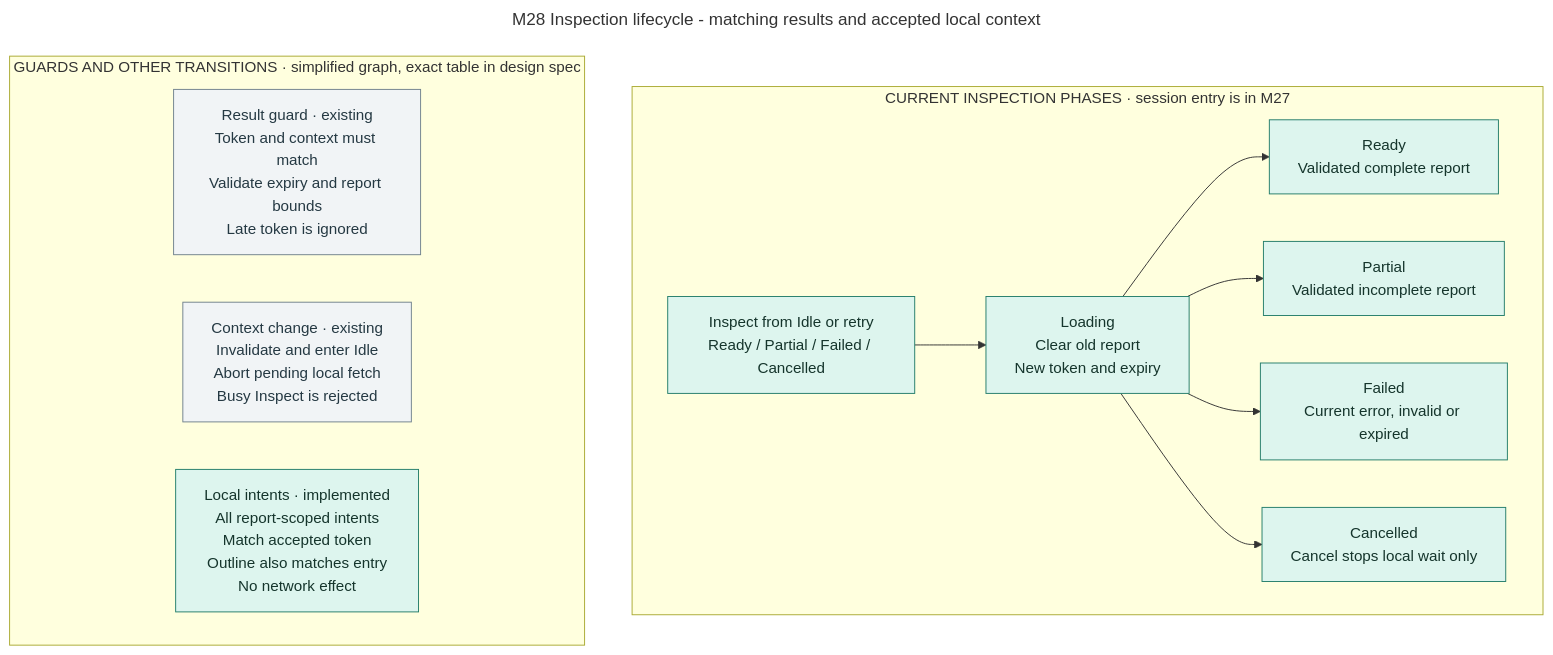
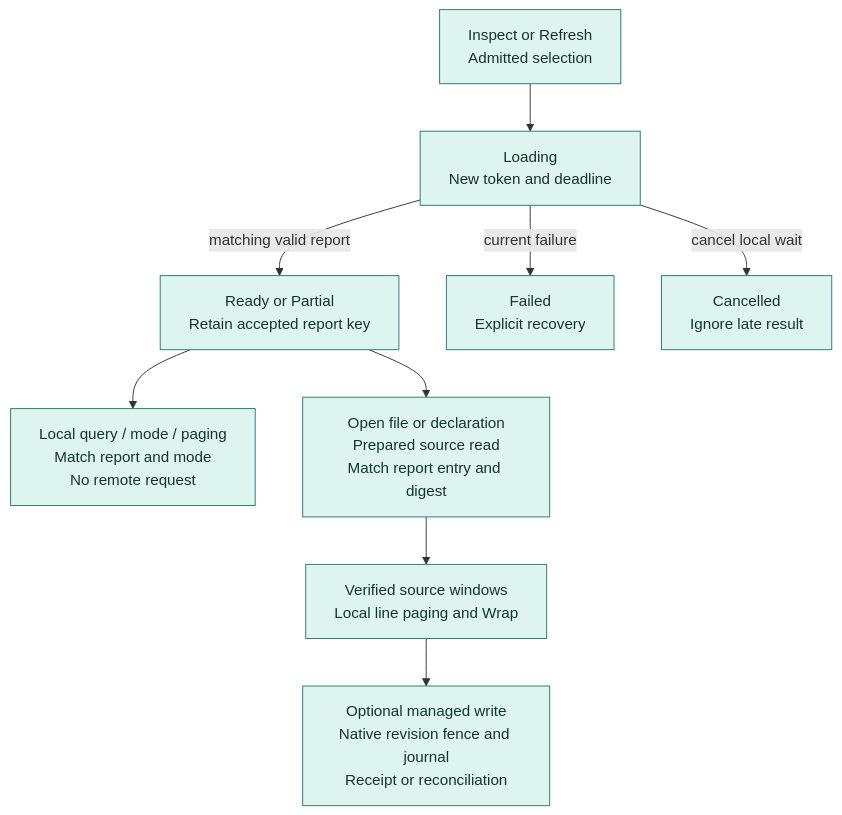
Before and after one commit to roachmaster/homelab: the diagram in docs/architecture/diagrams/mermaid/m28-ui-transitions.mmd, drawn with Mermaid. The commit also changed 120 other files, not shown here.

```diff
--- a/docs/architecture/diagrams/mermaid/m28-ui-transitions.mmd
+++ b/docs/architecture/diagrams/mermaid/m28-ui-transitions.mmd
@@ -1,30 +1,11 @@
----
-title: M28 Inspection lifecycle - matching results and accepted local context
----
 flowchart TB
-  subgraph lifecycle["CURRENT INSPECTION PHASES · session entry is in M27"]
-    direction LR
-    I["Inspect from Idle or retry<br/>Ready / Partial / Failed / Cancelled"]
-    L["Loading<br/>Clear old report<br/>New token and expiry"]
-    R["Ready<br/>Validated complete report"]
-    A["Partial<br/>Validated incomplete report"]
-    F["Failed<br/>Current error, invalid or expired"]
-    C["Cancelled<br/>Cancel stops local wait only"]
-    I --> L
-    L --> R
-    L --> A
-    L --> F
-    L --> C
-  end
-  subgraph guards["GUARDS AND OTHER TRANSITIONS · simplified graph, exact table in design spec"]
-    direction LR
-    G["Result guard · existing<br/>Token and context must match<br/>Validate expiry and report bounds<br/>Late token is ignored"]
-    N["Context change · existing<br/>Invalidate and enter Idle<br/>Abort pending local fetch<br/>Busy Inspect is rejected"]
-    X["Local intents · implemented<br/>All report-scoped intents<br/>Match accepted token<br/>Outline also matches entry<br/>No network effect"]
-  end
-  classDef existing fill:#ddf5ee,stroke:#247d6a,color:#15352c;
-  classDef proposed fill:#fff1d6,stroke:#ae7b26,color:#473216;
-  classDef note fill:#f1f4f6,stroke:#71828d,color:#253943;
-  class I,L,R,A,F,C existing;
-  class X existing;
-  class G,N note;
+  I["Inspect or Refresh<br/>Admitted selection"] --> L["Loading<br/>New token and deadline"]
+  L -->|"matching valid report"| R["Ready or Partial<br/>Retain accepted report key"]
+  L -->|"current failure"| F["Failed<br/>Explicit recovery"]
+  L -->|"cancel local wait"| C["Cancelled<br/>Ignore late result"]
+  R --> Q["Local query / mode / paging<br/>Match report and mode<br/>No remote request"]
+  R --> S["Open file or declaration<br/>Prepared source read<br/>Match report entry and digest"]
+  S --> V["Verified source windows<br/>Local line paging and Wrap"]
+  V --> W["Optional managed write<br/>Native revision fence and journal<br/>Receipt or reconciliation"]
+  classDef current fill:#ddf5ee,stroke:#247d6a,color:#15352c
+  class I,L,R,F,C,Q,S,V,W current
```
